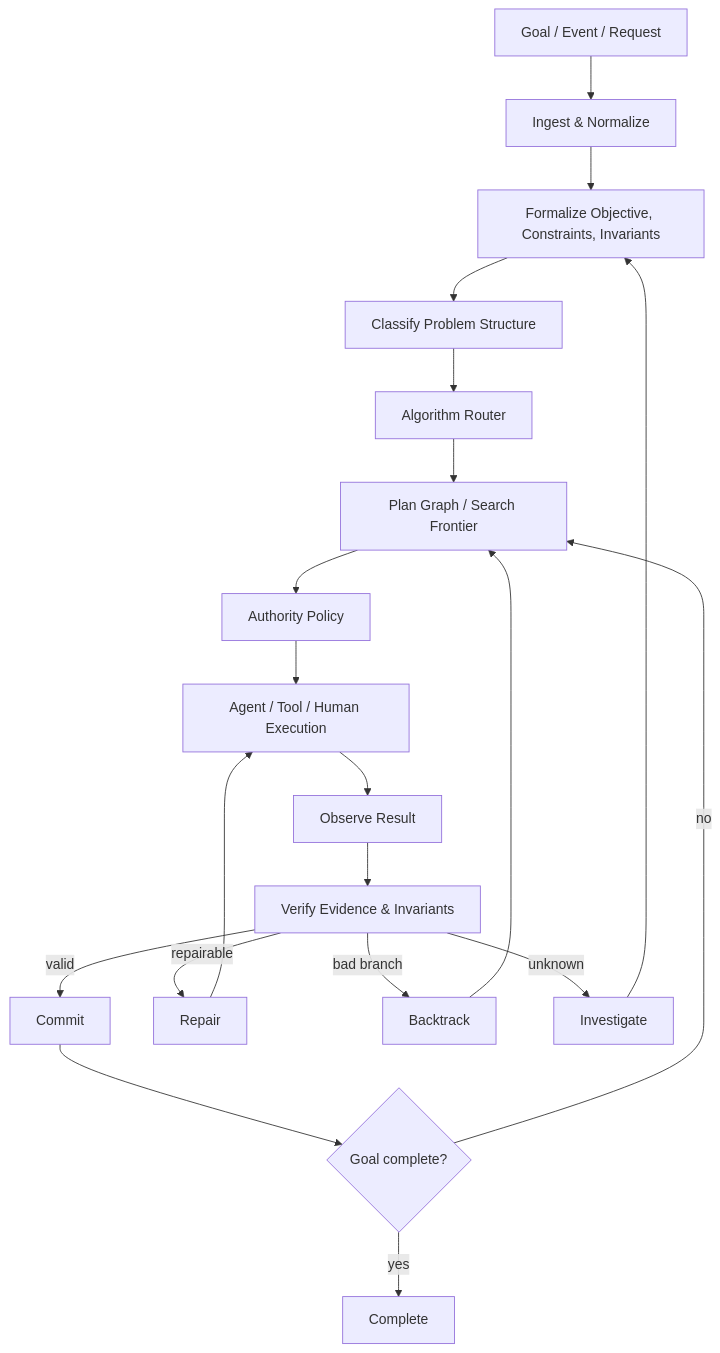
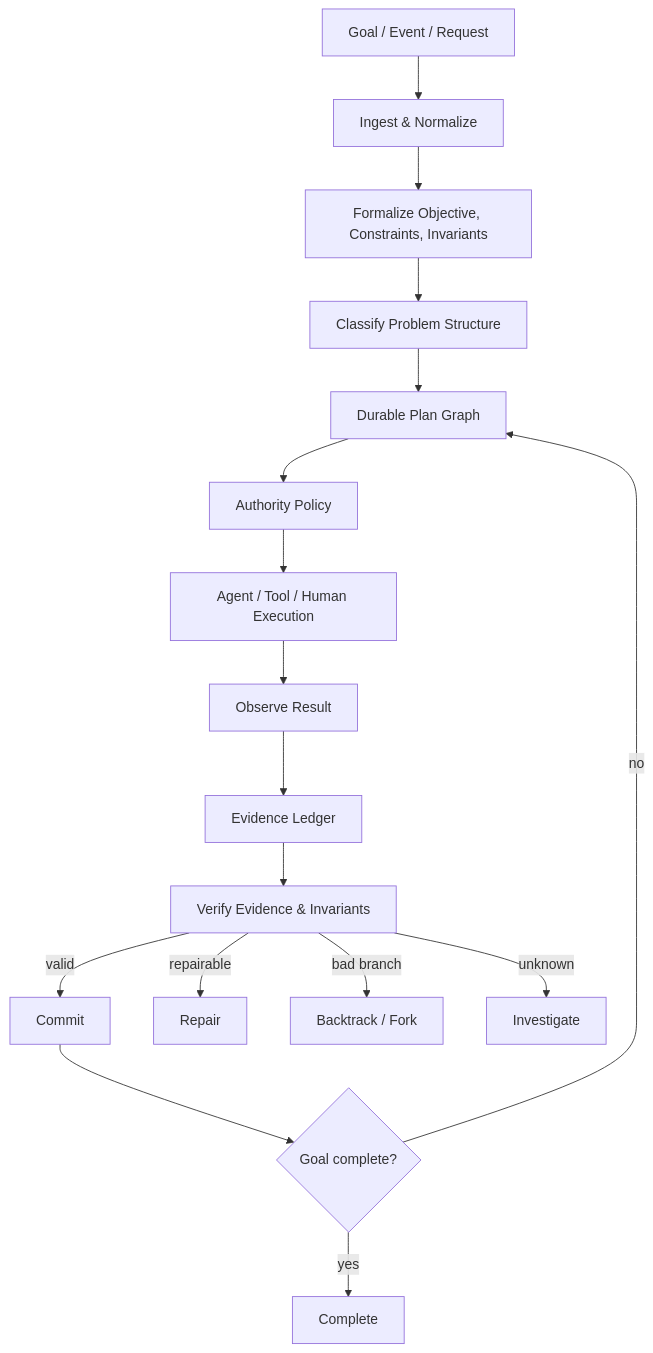
The diagram in README.md (halthinks/AASM), drawn with Mermaid before and after one commit. The commit also changed other lines of this file and 1 other file, not shown here.

Commit message:
AASM v0.5: publish durable cognition documentation

````diff
--- a/README.md
+++ b/README.md
@@ -71,22 +50,19 @@
 ```mermaid
 flowchart TD
     G[Goal / Event / Request] --> I[Ingest & Normalize]
     I --> F[Formalize Objective, Constraints, Invariants]
     F --> C[Classify Problem Structure]
-    C --> R[Algorithm Router]
-    R --> P[Plan Graph / Search Frontier]
+    C --> P[Durable Plan Graph]
     P --> A[Authority Policy]
     A --> X[Agent / Tool / Human Execution]
     X --> O[Observe Result]
-    O --> V[Verify Evidence & Invariants]
+    O --> E[Evidence Ledger]
+    E --> V[Verify Evidence & Invariants]
     V -->|valid| K[Commit]
-    V -->|repairable| E[Repair]
-    V -->|bad branch| B[Backtrack]
+    V -->|repairable| R[Repair]
+    V -->|bad branch| B[Backtrack / Fork]
     V -->|unknown| N[Investigate]
     K --> D{Goal complete?}
     D -->|no| P
     D -->|yes| Z[Complete]
-    E --> X
-    B --> P
-    N --> F
 ```
````
